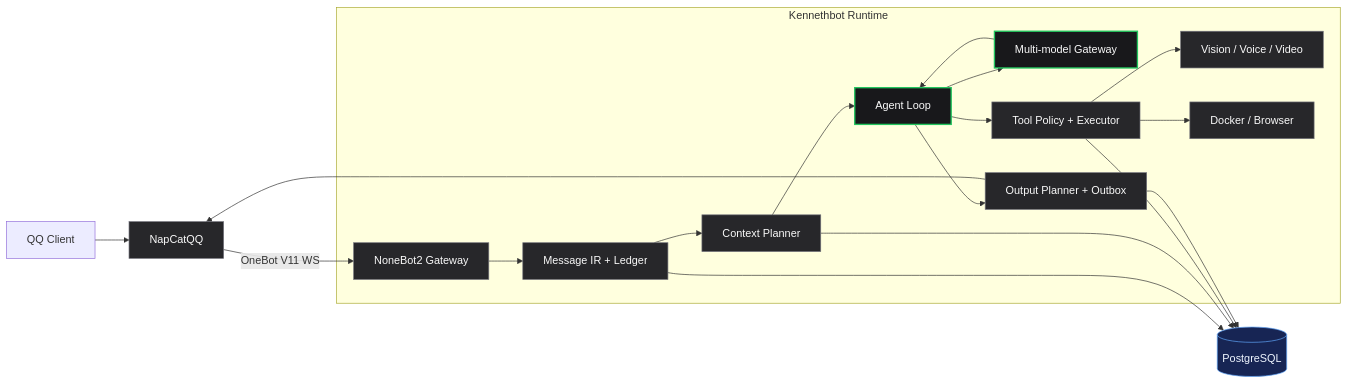
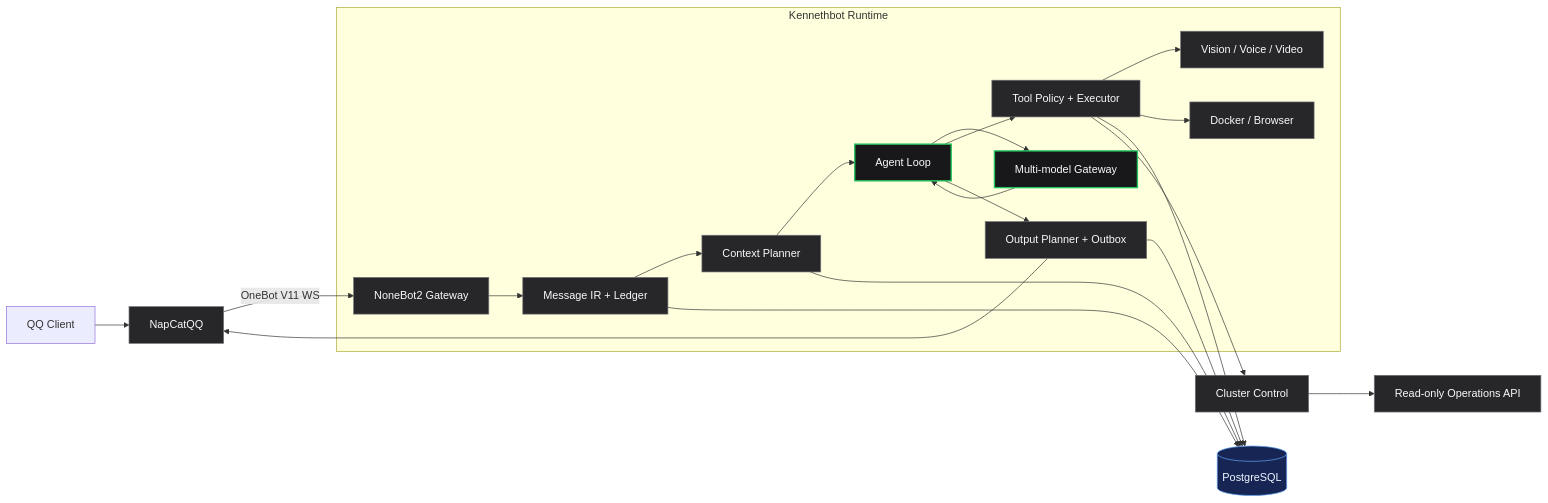
Before and after one commit to zty20040403/chat-bot: the diagram in README.md, drawn with Mermaid. The commit also changed other lines of this file and 41 other files, not shown here.

Commit message:
feat: add read-only cluster control plane

````diff
--- a/README.md
+++ b/README.md
@@ -56,30 +60,32 @@
 ```mermaid
 flowchart LR
     QQ[QQ Client] --> NC[NapCatQQ]
     NC -->|OneBot V11 WS| NB[NoneBot2 Gateway]
 
     subgraph Runtime[Kennethbot Runtime]
         NB --> IR[Message IR + Ledger]
         IR --> CTX[Context Planner]
         CTX --> AGENT[Agent Loop]
         AGENT --> LLM[Multi-model Gateway]
         LLM --> AGENT
         AGENT --> TOOLS[Tool Policy + Executor]
         TOOLS --> MEDIA[Vision / Voice / Video]
         TOOLS --> BOX[Docker / Browser]
         AGENT --> OUT[Output Planner + Outbox]
     end
 
     IR --> PG[(PostgreSQL)]
     CTX --> PG
     TOOLS --> PG
     OUT --> PG
     OUT --> NC
+    TOOLS --> CC[Cluster Control]
+    CC --> OPS[Read-only Operations API]
 
     classDef core fill:#18181b,stroke:#22c55e,color:#fafafa,stroke-width:2px;
     classDef service fill:#27272a,stroke:#71717a,color:#fafafa;
     classDef data fill:#172554,stroke:#60a5fa,color:#eff6ff;
     class AGENT,LLM core;
-    class NC,NB,IR,CTX,TOOLS,MEDIA,BOX,OUT service;
+    class NC,NB,IR,CTX,TOOLS,MEDIA,BOX,OUT,CC,OPS service;
     class PG data;
 ```
````
